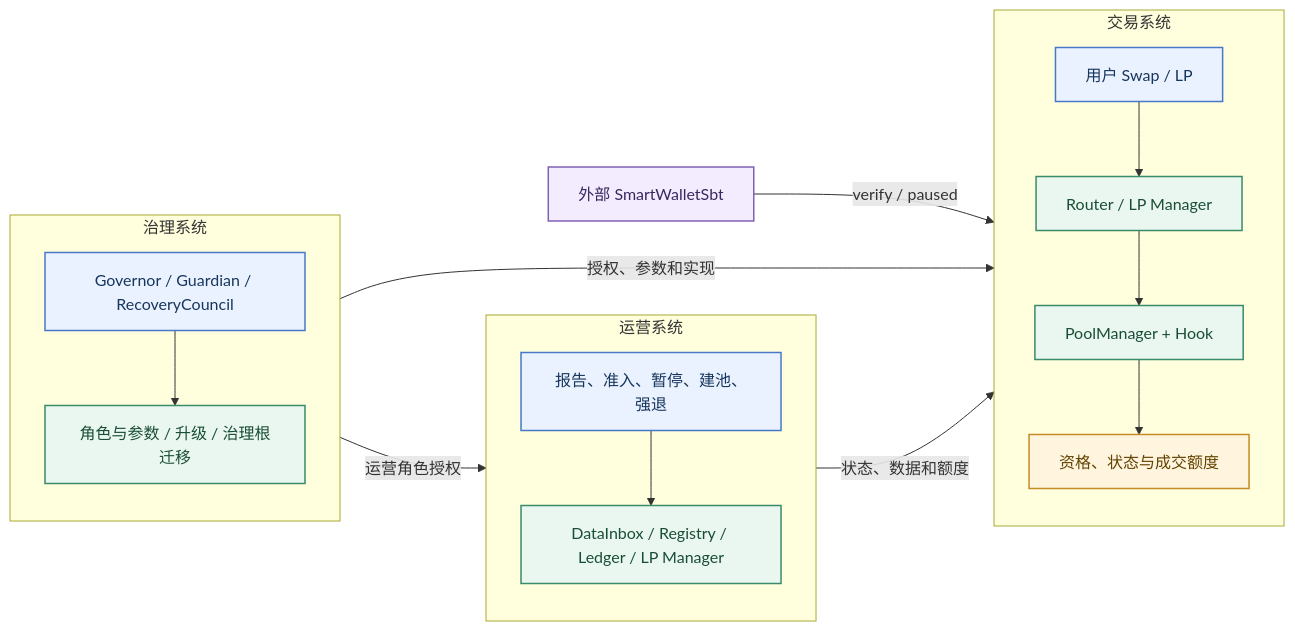
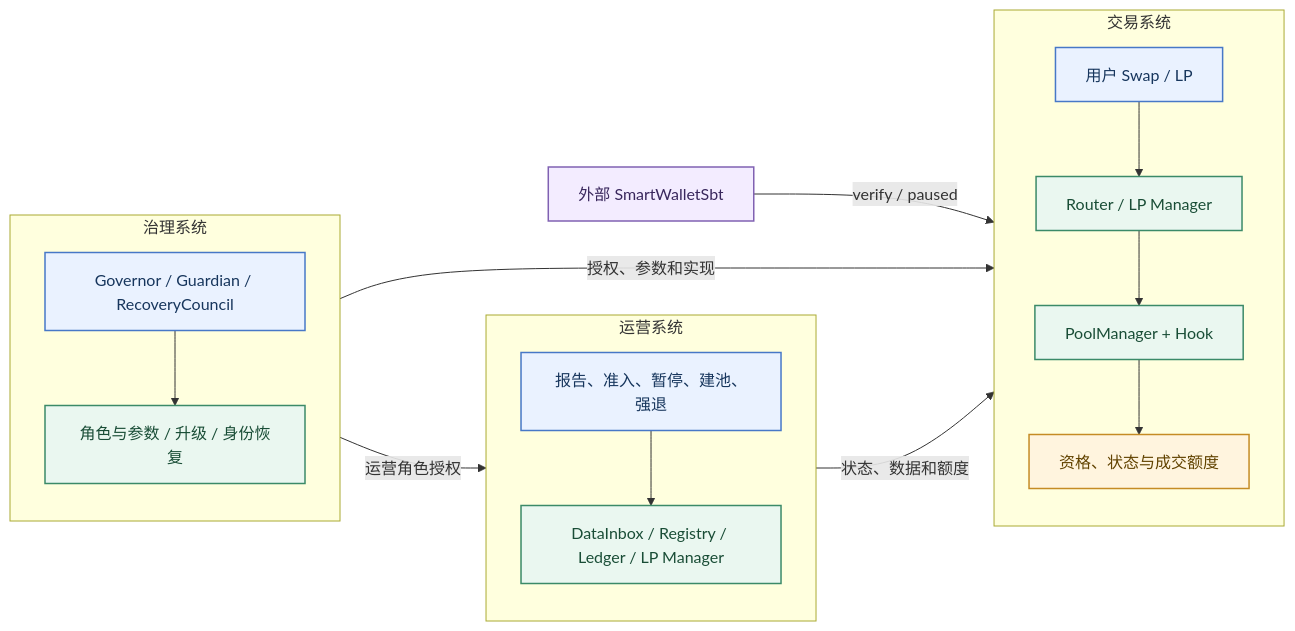
The first of 7 diagrams in docs/SYSTEMS_OVERVIEW.md (okx/tsv), drawn with Mermaid before and after one commit. The commit also changed other lines of this file and 121 other files, not shown here.

````diff
--- a/docs/SYSTEMS_OVERVIEW.md
+++ b/docs/SYSTEMS_OVERVIEW.md
@@ -9,29 +9,29 @@
 ```mermaid
 flowchart LR
   subgraph T["交易系统"]
     direction TB
     T1["用户 Swap / LP"] --> T2["Router / LP Manager"] --> T3["PoolManager + Hook"] --> T4["资格、状态与成交额度"]
   end
   subgraph O["运营系统"]
     direction TB
     O1["报告、准入、暂停、建池、强退"] --> O2["DataInbox / Registry / Ledger / LP Manager"]
   end
   subgraph G["治理系统"]
     direction TB
-    G1["Governor / Guardian / RecoveryCouncil"] --> G2["角色与参数 / 升级 / 治理根迁移"]
+    G1["Governor / Guardian / RecoveryCouncil"] --> G2["角色与参数 / 升级 / 身份恢复"]
   end
   O2 -->|"状态、数据和额度"| T4
   G2 -->|"授权、参数和实现"| T2
   G2 -->|"运营角色授权"| O1
   SBT["外部 SmartWalletSbt"] -->|"verify / paused"| T4
 
   style T1 fill:#EAF2FF,stroke:#4778C7,color:#17365D,stroke-width:1.5px
   style O1 fill:#EAF2FF,stroke:#4778C7,color:#17365D,stroke-width:1.5px
   style G1 fill:#EAF2FF,stroke:#4778C7,color:#17365D,stroke-width:1.5px
   style T2 fill:#EAF7F0,stroke:#3B8A68,color:#194D36,stroke-width:1.5px
   style T3 fill:#EAF7F0,stroke:#3B8A68,color:#194D36,stroke-width:1.5px
   style O2 fill:#EAF7F0,stroke:#3B8A68,color:#194D36,stroke-width:1.5px
   style G2 fill:#EAF7F0,stroke:#3B8A68,color:#194D36,stroke-width:1.5px
   style T4 fill:#FFF4DE,stroke:#C58B24,color:#624300,stroke-width:1.5px
   style SBT fill:#F3ECFF,stroke:#8061B2,color:#39275D,stroke-width:1.5px
 ```
````
